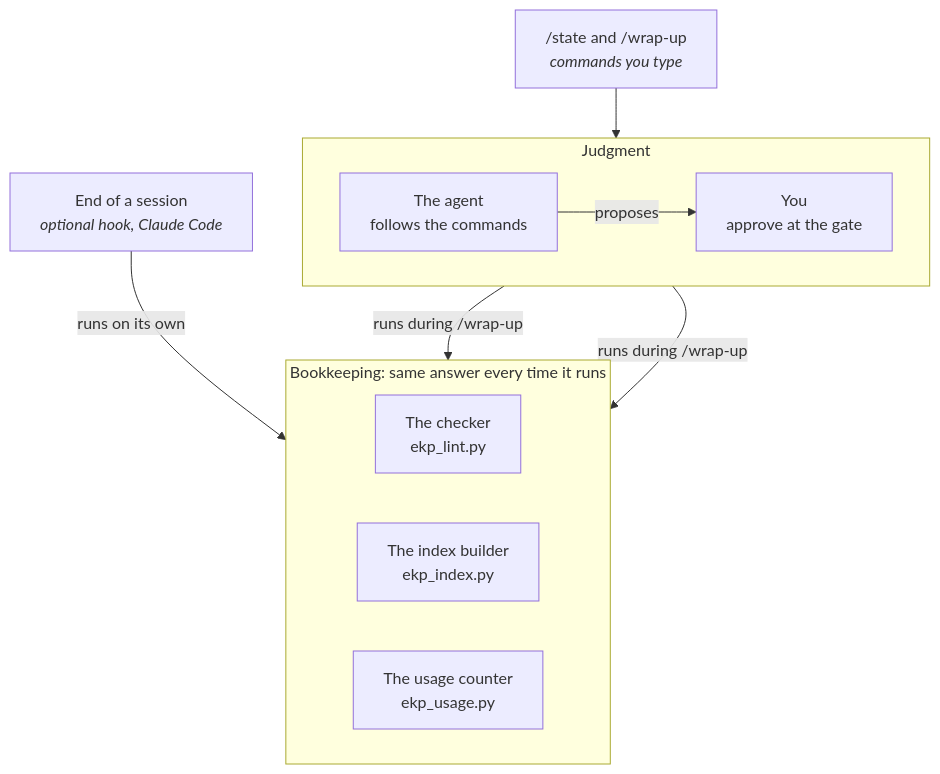
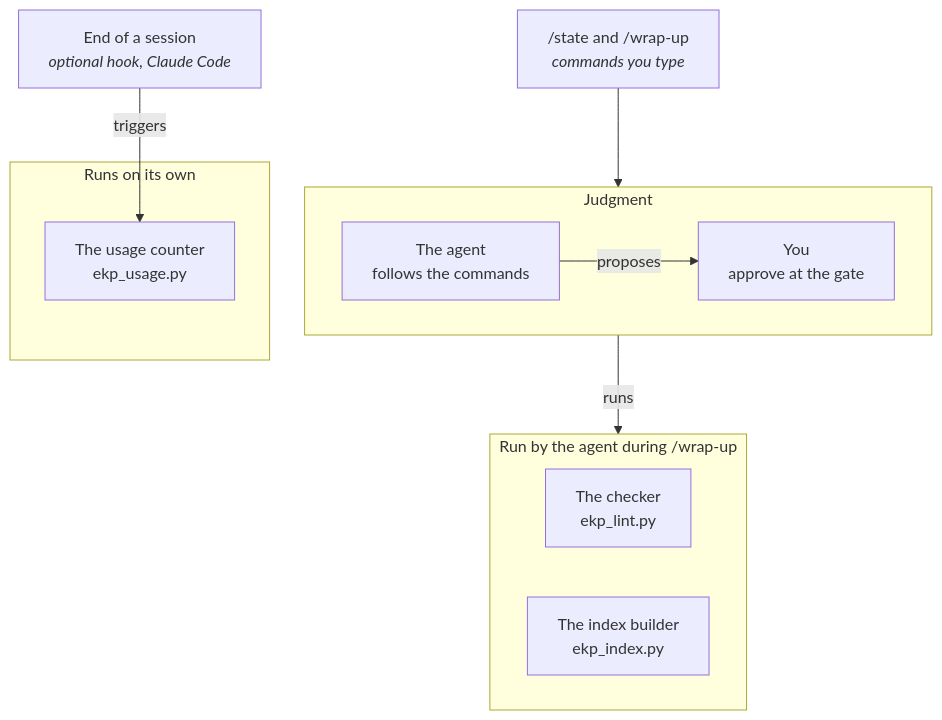
Before and after one commit to AhUhmm/epistemic-knowledge-profile: the fourth of 4 diagrams in docs/how-it-works.md, drawn with Mermaid. The commit also changed other lines of this file, not shown here.

````diff
--- a/docs/how-it-works.md
+++ b/docs/how-it-works.md
@@ -216,21 +217,22 @@
 ```mermaid
 flowchart TB
     CMDS["/state and /wrap-up<br/><i>commands you type</i>"]
-    HOOK["End of a session<br/><i>optional hook, Claude Code</i>"]
     subgraph J["Judgment"]
         direction LR
         AG["The agent<br/>follows the commands"]
         YOU2["You<br/>approve at the gate"]
     end
-    subgraph D["Bookkeeping: same answer every time it runs"]
+    subgraph RUN["Run by the agent during /wrap-up"]
         direction LR
         LINT["The checker<br/>ekp_lint.py"]
         INDEX["The index builder<br/>ekp_index.py"]
+    end
+    HOOK["End of a session<br/><i>optional hook, Claude Code</i>"]
+    subgraph OWN["Runs on its own"]
         USAGE["The usage counter<br/>ekp_usage.py"]
     end
     CMDS --> AG
     AG -- "proposes" --> YOU2
-    AG -- "runs during /wrap-up" --> LINT
-    AG -- "runs during /wrap-up" --> INDEX
-    HOOK -- "runs on its own" --> USAGE
+    AG -- "runs" --> RUN
+    HOOK -- "triggers" --> USAGE
 ```
````
